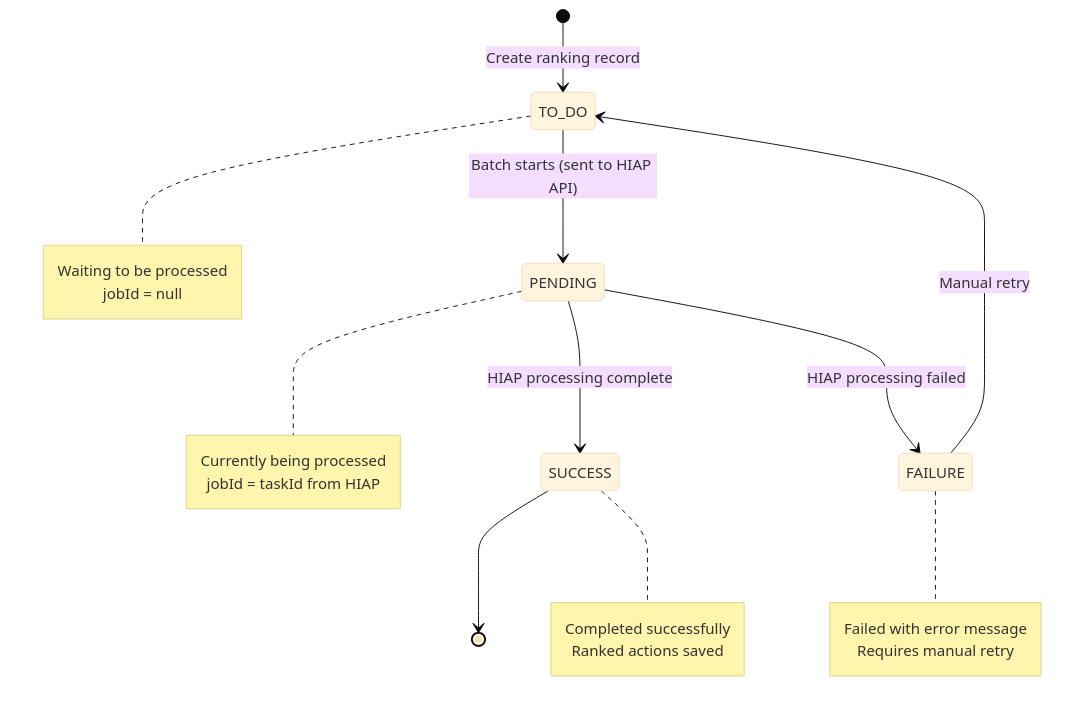
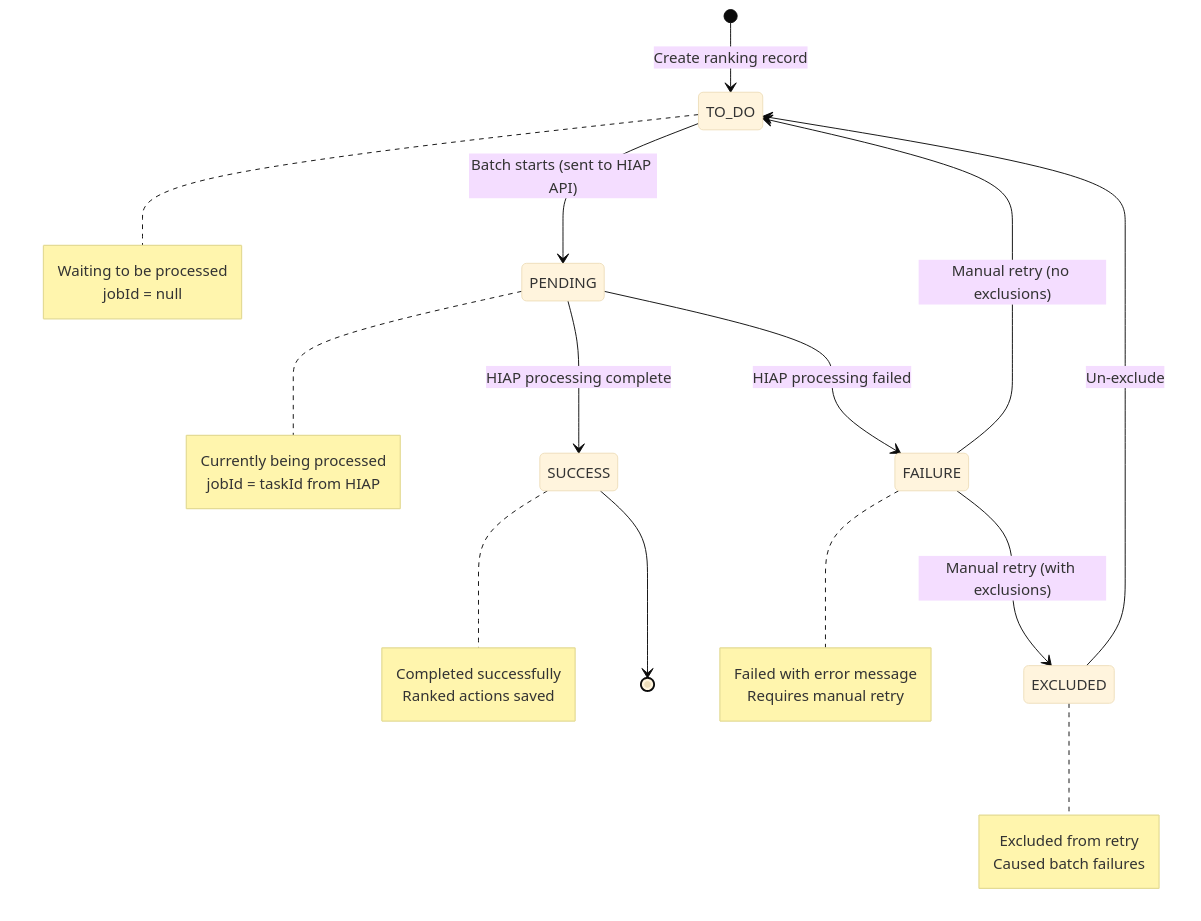
One commit to Open-Earth-Foundation/CityCatalyst changed the second of 2 diagrams in app/src/app/api/v1/admin/bulk-hiap-prioritization/route.md. Above: the diagram before and after it, drawn with Mermaid (base theme). The commit also changed other lines of this file and 14 other files, not shown here.

Commit message:
feat: Bulk HIAP: exclude cities from batch [ON-4951]

````diff
--- a/app/src/app/api/v1/admin/bulk-hiap-prioritization/route.md
+++ b/app/src/app/api/v1/admin/bulk-hiap-prioritization/route.md
@@ -441,27 +508,33 @@
 ```mermaid
 stateDiagram-v2
   direction TB
   [*] --> TO_DO:Create ranking record
   TO_DO --> PENDING:Batch starts (sent to HIAP API)
   PENDING --> SUCCESS:HIAP processing complete
   PENDING --> FAILURE:HIAP processing failed
-  FAILURE --> TO_DO:Manual retry
+  FAILURE --> TO_DO:Manual retry (no exclusions)
+  FAILURE --> EXCLUDED:Manual retry (with exclusions)
+  EXCLUDED --> TO_DO:Un-exclude
   SUCCESS --> [*]
   note right of TO_DO 
   Waiting to be processed
         jobId = null
   end note
   note right of PENDING 
   Currently being processed
         jobId = taskId from HIAP
   end note
   note right of SUCCESS 
   Completed successfully
         Ranked actions saved
   end note
+  note right of EXCLUDED
+  Excluded from retry
+        Caused batch failures
+  end note
   note right of FAILURE 
   Failed with error message
         Requires manual retry
   end note
 
 ```
````
